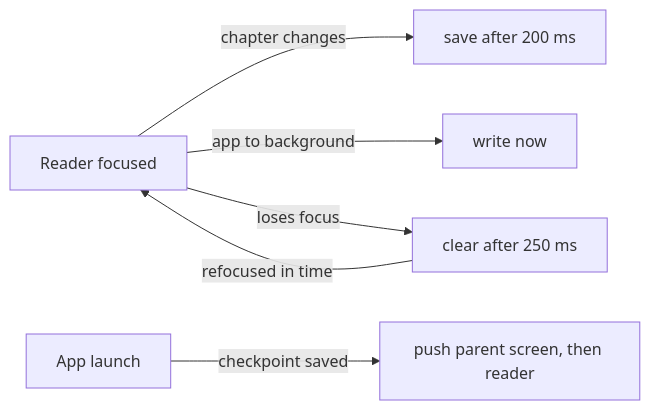
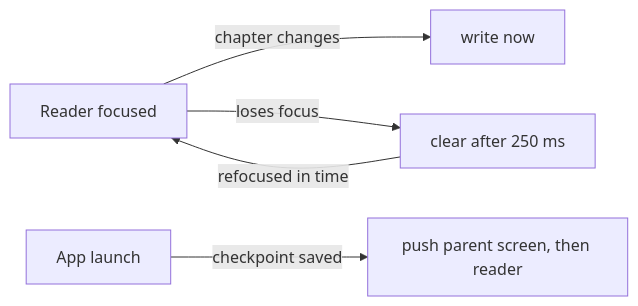
One commit to Bible-Translation-Tools/BIEL-mobile-app changed the diagram in docs/reading-checkpoint.md. Above: the diagram before and after it, drawn with Mermaid. The commit also changed other lines of this file and 3 other files, not shown here.

````diff
--- a/docs/reading-checkpoint.md
+++ b/docs/reading-checkpoint.md
@@ -14,8 +14,7 @@
 ```mermaid
 flowchart LR
-  Reader[Reader focused] -- chapter changes --> Save[save after 200 ms]
-  Reader -- app to background --> Flush[write now]
+  Reader[Reader focused] -- chapter changes --> Save[write now]
   Reader -- loses focus --> Clear[clear after 250 ms]
   Clear -- refocused in time --> Reader
   Launch[App launch] -- checkpoint saved --> Restore[push parent screen, then reader]
 ```
````
